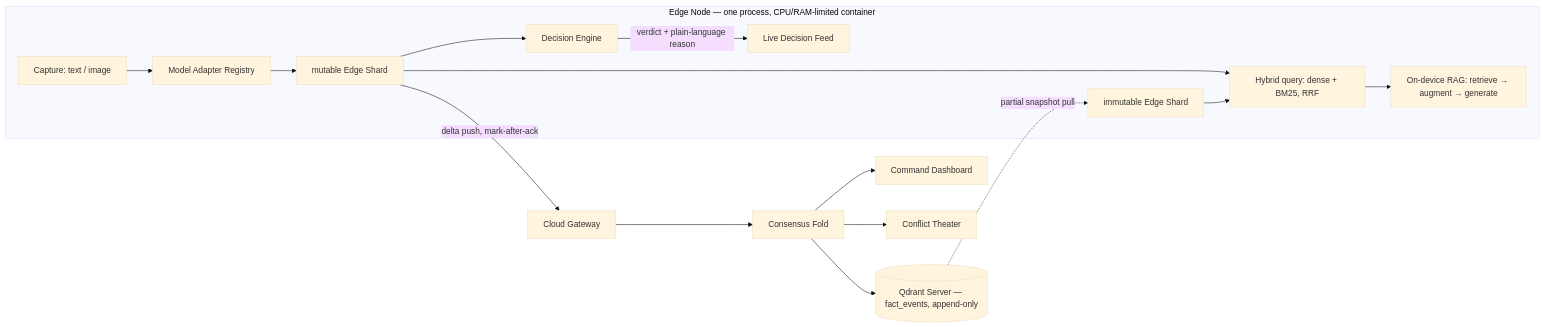
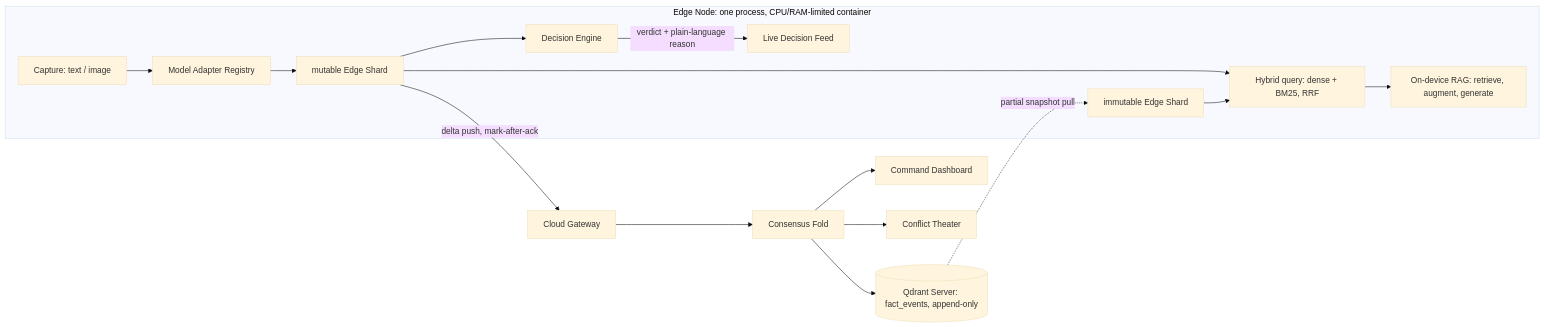
One commit to KA-1205/Ex-Vero changed the diagram in README.md. Above: the diagram before and after it, drawn with Mermaid (base theme). The commit also changed other lines of this file, not shown here.

````diff
--- a/README.md
+++ b/README.md
@@ -227,18 +191,18 @@
 ```mermaid
 flowchart LR
-    subgraph EDGE["Edge Node — one process, CPU/RAM-limited container"]
+    subgraph EDGE["Edge Node: one process, CPU/RAM-limited container"]
         CAP[Capture: text / image] --> ADPT[Model Adapter Registry]
         ADPT --> MUT[mutable Edge Shard]
         MUT --> DE[Decision Engine]
         DE -->|verdict + plain-language reason| FEED[Live Decision Feed]
         MUT --> QRY[Hybrid query: dense + BM25, RRF]
         IMM[immutable Edge Shard] --> QRY
-        QRY --> RAG[On-device RAG: retrieve → augment → generate]
+        QRY --> RAG[On-device RAG: retrieve, augment, generate]
     end
     MUT -->|delta push, mark-after-ack| GATE[Cloud Gateway]
     GATE --> FOLD[Consensus Fold]
-    FOLD --> HUB[(Qdrant Server — fact_events, append-only)]
+    FOLD --> HUB[(Qdrant Server: fact_events, append-only)]
     HUB -.partial snapshot pull.-> IMM
     FOLD --> DASH[Command Dashboard]
     FOLD --> THEATER[Conflict Theater]
 ```
````
